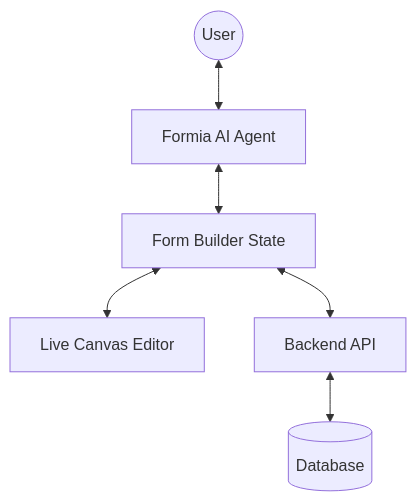
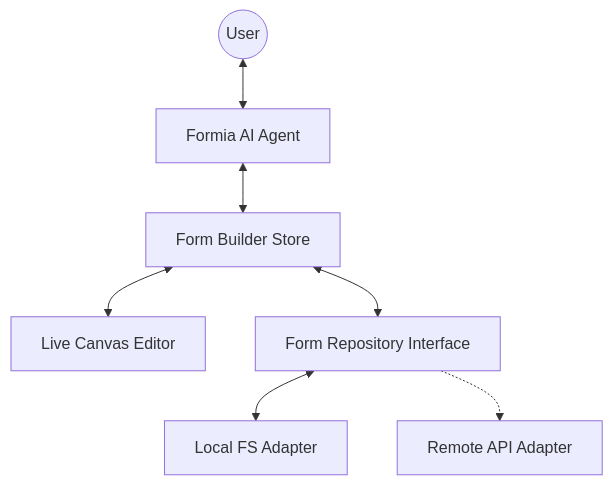
One commit to toyaji/Formia changed the diagram in docs/architecture.md. Above: the diagram before and after it, drawn with Mermaid. The commit also changed other lines of this file and 2 other files, not shown here.

Commit message:
docs: Add documentation for Formia's code design patterns and architectural layers, and update agent rules to reference it.

````diff
--- a/docs/architecture.md
+++ b/docs/architecture.md
@@ -5,15 +5,17 @@
 ```mermaid
 graph TD
     User((User))
     Agent[Formia AI Agent]
-    State[Form Builder State]
+    State[Form Builder Store]
     Editor[Live Canvas Editor]
-    API[Backend API]
-    DB[(Database)]
+    Repo[Form Repository Interface]
+    Local[Local FS Adapter]
+    Remote[Remote API Adapter]
 
     User <--> Agent
     Agent <--> State
     State <--> Editor
-    State <--> API
-    API <--> DB
+    State <--> Repo
+    Repo <--> Local
+    Repo -.-> Remote
 ```
````
